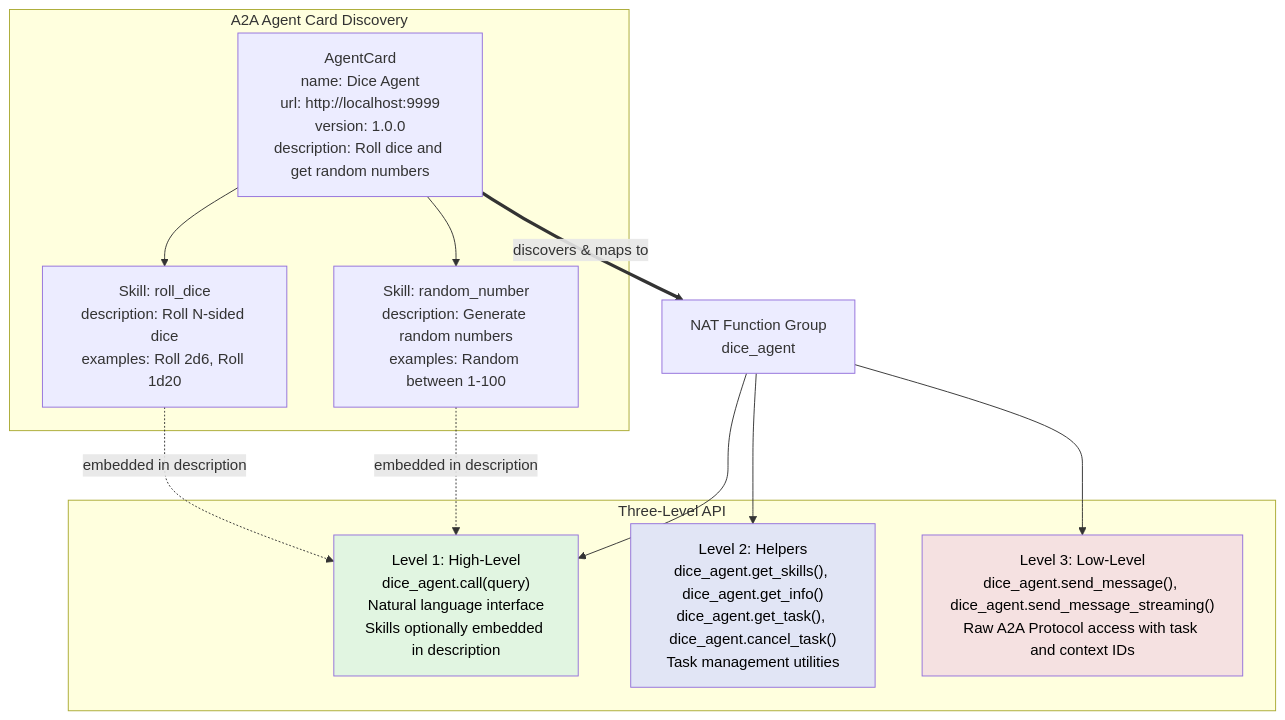
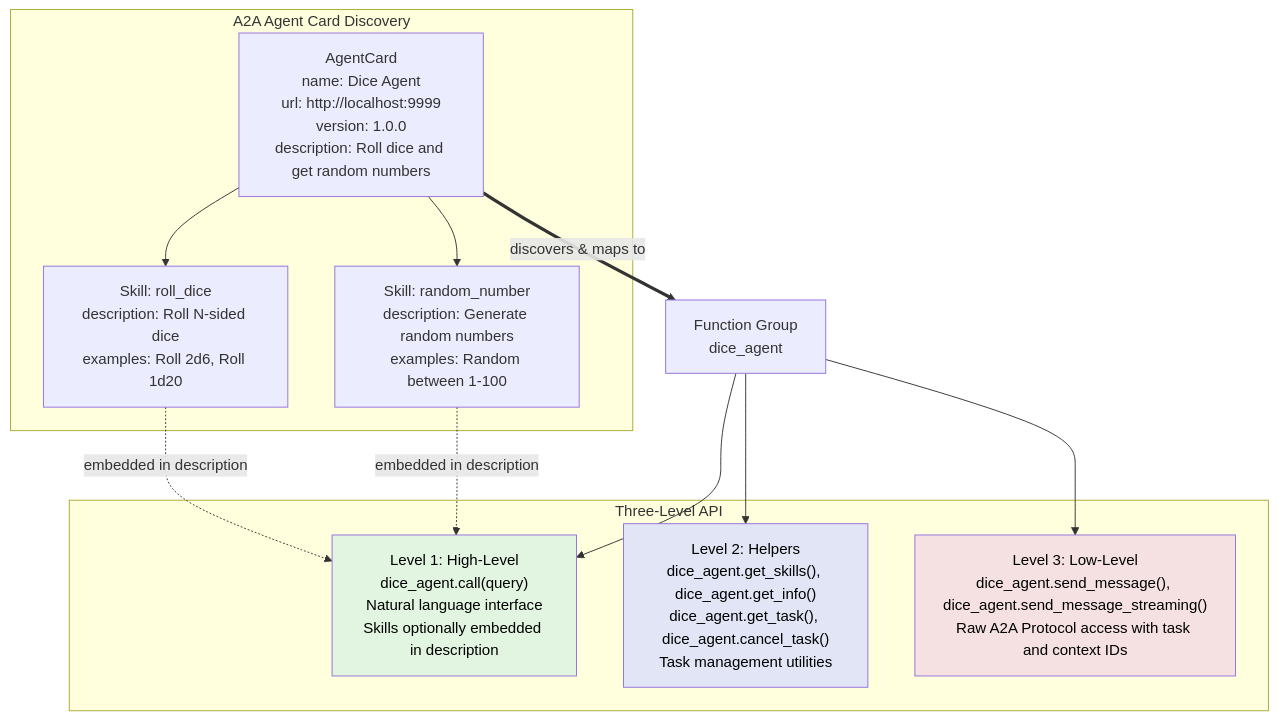
One commit to yifei-gpt/NeMo-Agent-Toolkit changed the second of 2 diagrams in docs/source/build-workflows/a2a-client.md. Above: the diagram before and after it, drawn with Mermaid. The commit also changed other lines of this file and 110 other files, not shown here.

````diff
--- a/docs/source/build-workflows/a2a-client.md
+++ b/docs/source/build-workflows/a2a-client.md
@@ -220,29 +220,29 @@
 ```mermaid
 flowchart TB
     subgraph A2A["A2A Agent Card Discovery"]
         AC[AgentCard<br/>name: Dice Agent<br/>url: http://localhost:9999<br/>version: 1.0.0<br/>description: Roll dice and get random numbers]
         S1[Skill: roll_dice<br/>description: Roll N-sided dice<br/>examples: Roll 2d6, Roll 1d20]
         S2[Skill: random_number<br/>description: Generate random numbers<br/>examples: Random between 1-100]
         AC --> S1
         AC --> S2
     end
 
-    AC ==>|discovers & maps to| FG[NAT Function Group<br/>dice_agent]
+    AC ==>|discovers & maps to| FG[Function Group<br/>dice_agent]
 
     subgraph "Three-Level API"
         L1["Level 1: High-Level<br/>dice_agent.call(query)<br/>Natural language interface<br/>Skills optionally embedded in description"]
         L2["Level 2: Helpers<br/>dice_agent.get_skills(), dice_agent.get_info()<br/>dice_agent.get_task(), dice_agent.cancel_task()<br/>Task management utilities"]
         L3["Level 3: Low-Level<br/>dice_agent.send_message(), dice_agent.send_message_streaming()<br/>Raw A2A Protocol access with task and context IDs"]
     end
 
     FG --> L1
     FG --> L2
     FG --> L3
 
     S1 -.->|embedded in description| L1
     S2 -.->|embedded in description| L1
 
     style L1 fill:#e1f5e1,color:#000
     style L2 fill:#e1e5f5,color:#000
     style L3 fill:#f5e1e1,color:#000
 ```
````
